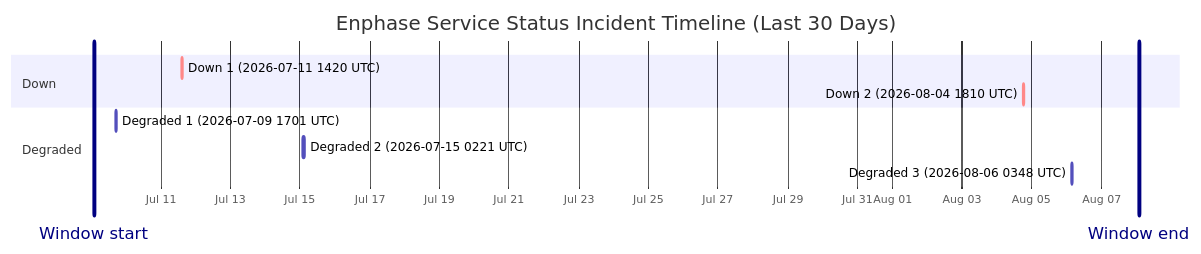
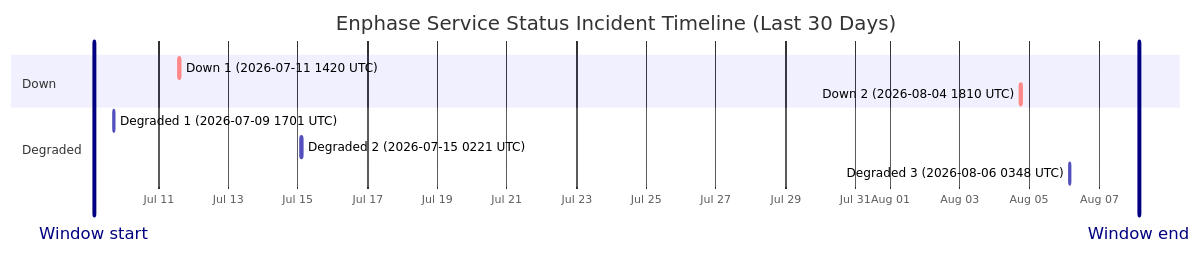
Before and after one commit to barneyonline/ha-enphase-energy: the diagram in wiki/Service-Status-History.md, drawn with Mermaid. The commit also changed other lines of this file and 3 other files, not shown here.

````diff
--- a/wiki/Service-Status-History.md
+++ b/wiki/Service-Status-History.md
@@ -14,15 +14,15 @@
 ```mermaid
 gantt
     title Enphase Service Status Incident Timeline (Last 30 Days)
     dateFormat  YYYY-MM-DDTHH:mm:ss
     axisFormat  %b %d
-    Window start :vert, window-start, 2026-07-09T01:59:03, 0ms
-    Window end :vert, window-end, 2026-08-08T01:59:03, 0ms
+    Window start :vert, window-start, 2026-07-09T03:39:29, 0ms
+    Window end :vert, window-end, 2026-08-08T03:39:29, 0ms
     section Down
     Down 1 (2026-07-11 1420 UTC) :crit, down-1, 2026-07-11T14:20:54, 69m
     Down 2 (2026-08-04 1810 UTC) :crit, down-2, 2026-08-04T18:10:46, 60m
     section Degraded
     Degraded 1 (2026-07-09 1701 UTC) :active, degraded-1, 2026-07-09T17:01:02, 60m
     Degraded 2 (2026-07-15 0221 UTC) :active, degraded-2, 2026-07-15T02:21:35, 60m
     Degraded 3 (2026-08-06 0348 UTC) :active, degraded-3, 2026-08-06T03:48:14, 60m
 ```
````
